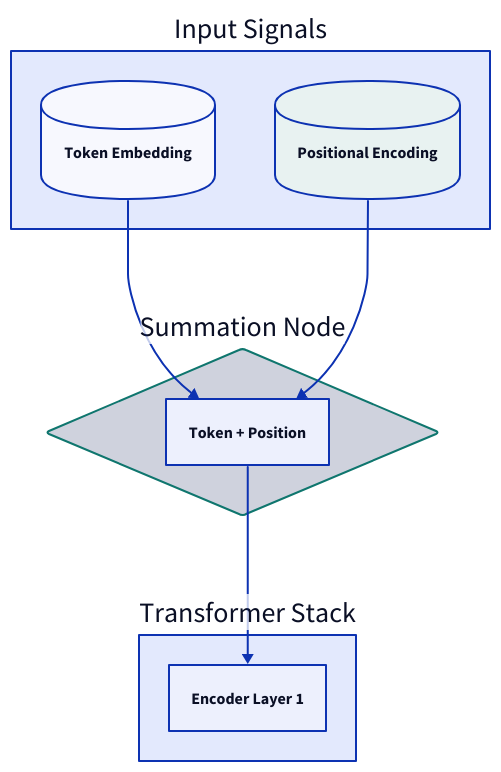
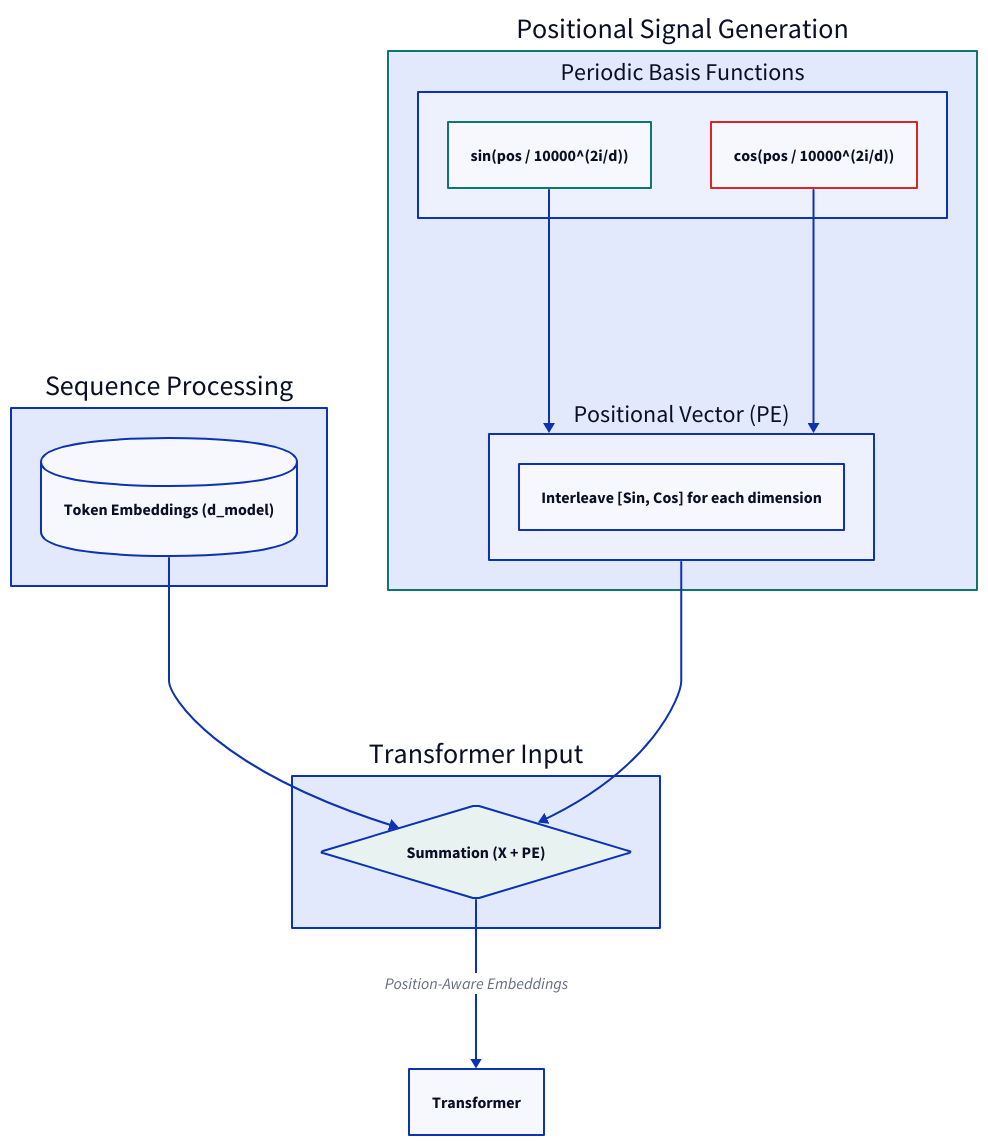
The diagram in content/articles/positional-encoding.md (s-chudmunge/eulerfold), drawn with D2 before and after one commit. The commit also changed 5 other files, not shown here.

````diff
--- a/content/articles/positional-encoding.md
+++ b/content/articles/positional-encoding.md
@@ -26,21 +26,38 @@
 ```d2
 direction: down
-Input: "Input Signals" {
-  Token: "Token Embedding" {shape: cylinder}
-  Pos: "Positional Encoding" {shape: cylinder}
-}
-Mixer: "Summation Node" {
-  shape: diamond
-  Combine: "Token + Position"
-}
-Model: "Transformer Stack" {
-  Layer1: "Encoder Layer 1"
+
+Input: "Sequence Processing" {
+  Tokens: "Token Embeddings (d_model)" {shape: cylinder}
 }
 
-Input.Token -> Mixer.Combine
-Input.Pos -> Mixer.Combine
-Mixer.Combine -> Model.Layer1
+Encoding_Logic: "Positional Signal Generation" {
+  style: {
+    stroke: "#0f766e"
+    stroke-width: 2
+  }
+  
+  Functions: "Periodic Basis Functions" {
+    Sine: "sin(pos / 10000^(2i/d))" {style: {stroke: "#0f766e"}}
+    Cosine: "cos(pos / 10000^(2i/d))" {style: {stroke: "#dc2626"}}
+  }
 
-Mixer.style: {stroke: "#0F766E"}
-Input.Pos.style: {fill: "#e8f2f1"}
+  Interleaving: "Positional Vector (PE)" {
+    shape: rectangle
+    Logic: "Interleave [Sin, Cos] for each dimension"
+  }
+
+  Functions.Sine -> Interleaving
+  Functions.Cosine -> Interleaving
+}
+
+Integration: "Transformer Input" {
+  Add: "Summation (X + PE)" {
+    shape: diamond
+    style: {fill: "#e8f2f1"}
+  }
+}
+
+Input.Tokens -> Integration.Add
+Encoding_Logic.Interleaving -> Integration.Add
+Integration.Add -> Transformer: "Position-Aware Embeddings"
 ```
````
